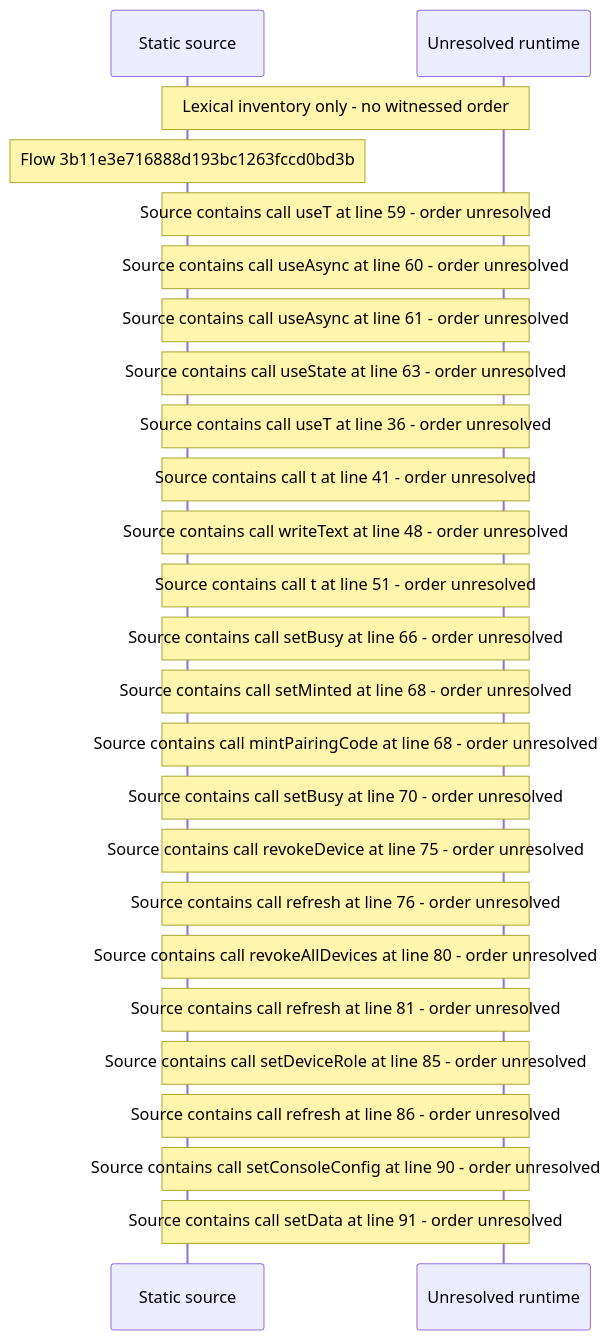
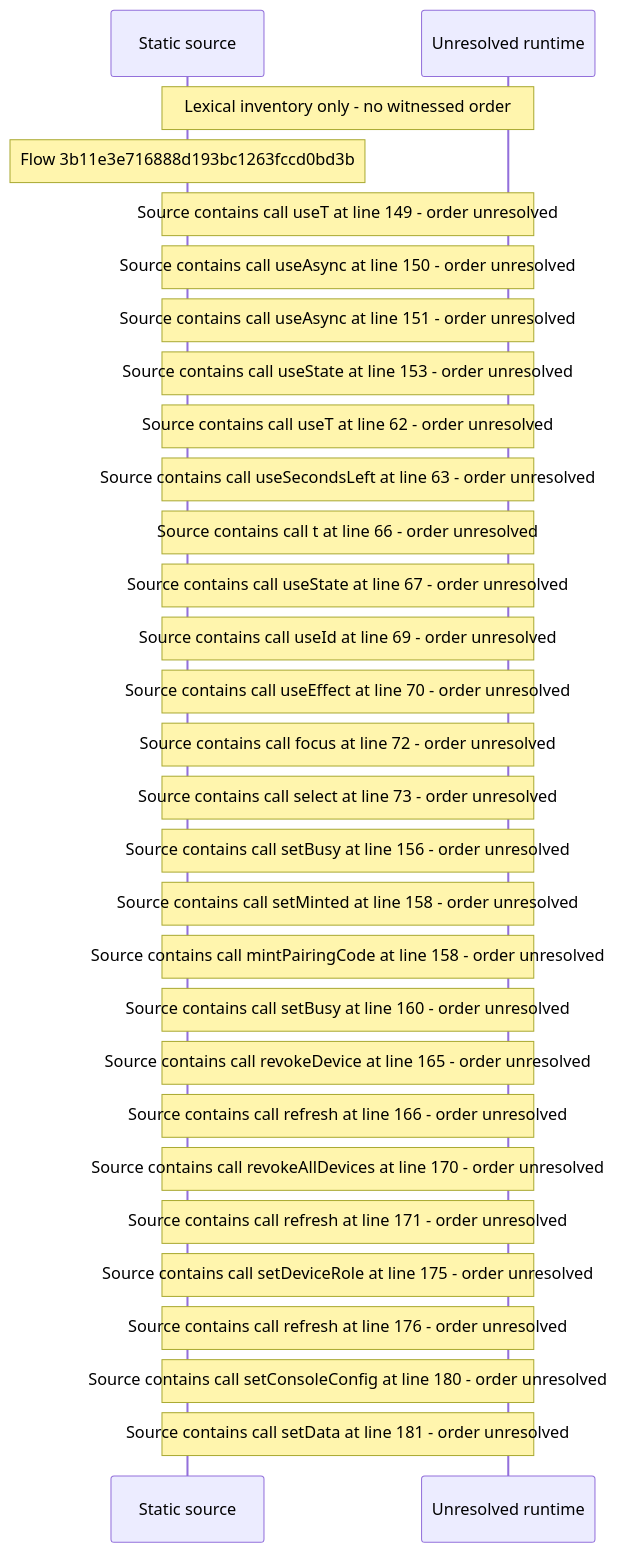
The diagram in docs/web/flows/generated/3b11e3e716888d193bc1263fccd0bd3b/flow-diagram.md (beamfall/core), drawn with Mermaid before and after one commit. The commit also changed other lines of this file and 714 other files, not shown here.

Commit message:
Regenerate the web flow record on the batch 5 head (CORE-1762)

````diff
--- a/docs/web/flows/generated/3b11e3e716888d193bc1263fccd0bd3b/flow-diagram.md
+++ b/docs/web/flows/generated/3b11e3e716888d193bc1263fccd0bd3b/flow-diagram.md
@@ -10,27 +10,31 @@
 ```mermaid
 sequenceDiagram
     participant S as Static source
     participant U as Unresolved runtime
     Note over S,U: Lexical inventory only - no witnessed order
     Note over S: Flow 3b11e3e716888d193bc1263fccd0bd3b
-    Note over S,U: Source contains call useT at line 59 - order unresolved
-    Note over S,U: Source contains call useAsync at line 60 - order unresolved
-    Note over S,U: Source contains call useAsync at line 61 - order unresolved
-    Note over S,U: Source contains call useState at line 63 - order unresolved
-    Note over S,U: Source contains call useT at line 36 - order unresolved
-    Note over S,U: Source contains call t at line 41 - order unresolved
-    Note over S,U: Source contains call writeText at line 48 - order unresolved
-    Note over S,U: Source contains call t at line 51 - order unresolved
-    Note over S,U: Source contains call setBusy at line 66 - order unresolved
-    Note over S,U: Source contains call setMinted at line 68 - order unresolved
-    Note over S,U: Source contains call mintPairingCode at line 68 - order unresolved
-    Note over S,U: Source contains call setBusy at line 70 - order unresolved
-    Note over S,U: Source contains call revokeDevice at line 75 - order unresolved
-    Note over S,U: Source contains call refresh at line 76 - order unresolved
-    Note over S,U: Source contains call revokeAllDevices at line 80 - order unresolved
-    Note over S,U: Source contains call refresh at line 81 - order unresolved
-    Note over S,U: Source contains call setDeviceRole at line 85 - order unresolved
-    Note over S,U: Source contains call refresh at line 86 - order unresolved
-    Note over S,U: Source contains call setConsoleConfig at line 90 - order unresolved
-    Note over S,U: Source contains call setData at line 91 - order unresolved
+    Note over S,U: Source contains call useT at line 149 - order unresolved
+    Note over S,U: Source contains call useAsync at line 150 - order unresolved
+    Note over S,U: Source contains call useAsync at line 151 - order unresolved
+    Note over S,U: Source contains call useState at line 153 - order unresolved
+    Note over S,U: Source contains call useT at line 62 - order unresolved
+    Note over S,U: Source contains call useSecondsLeft at line 63 - order unresolved
+    Note over S,U: Source contains call t at line 66 - order unresolved
+    Note over S,U: Source contains call useState at line 67 - order unresolved
+    Note over S,U: Source contains call useId at line 69 - order unresolved
+    Note over S,U: Source contains call useEffect at line 70 - order unresolved
+    Note over S,U: Source contains call focus at line 72 - order unresolved
+    Note over S,U: Source contains call select at line 73 - order unresolved
+    Note over S,U: Source contains call setBusy at line 156 - order unresolved
+    Note over S,U: Source contains call setMinted at line 158 - order unresolved
+    Note over S,U: Source contains call mintPairingCode at line 158 - order unresolved
+    Note over S,U: Source contains call setBusy at line 160 - order unresolved
+    Note over S,U: Source contains call revokeDevice at line 165 - order unresolved
+    Note over S,U: Source contains call refresh at line 166 - order unresolved
+    Note over S,U: Source contains call revokeAllDevices at line 170 - order unresolved
+    Note over S,U: Source contains call refresh at line 171 - order unresolved
+    Note over S,U: Source contains call setDeviceRole at line 175 - order unresolved
+    Note over S,U: Source contains call refresh at line 176 - order unresolved
+    Note over S,U: Source contains call setConsoleConfig at line 180 - order unresolved
+    Note over S,U: Source contains call setData at line 181 - order unresolved
 ```
````
